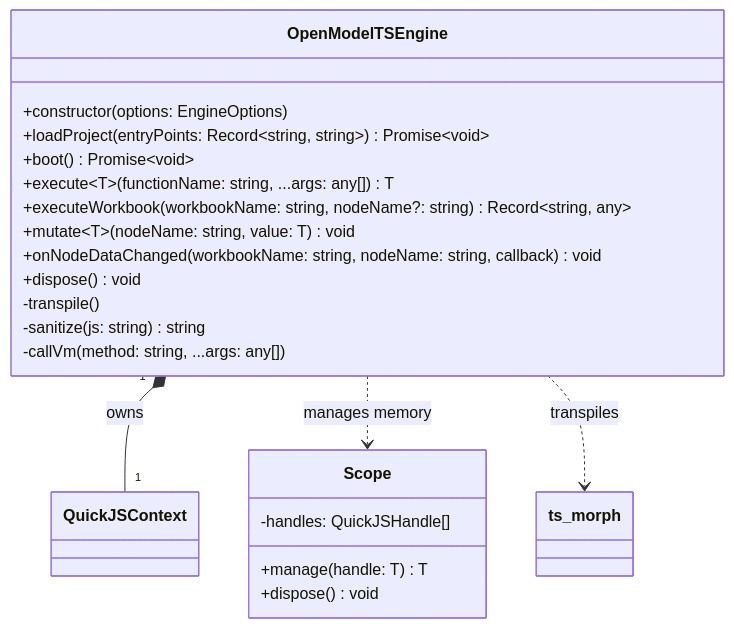
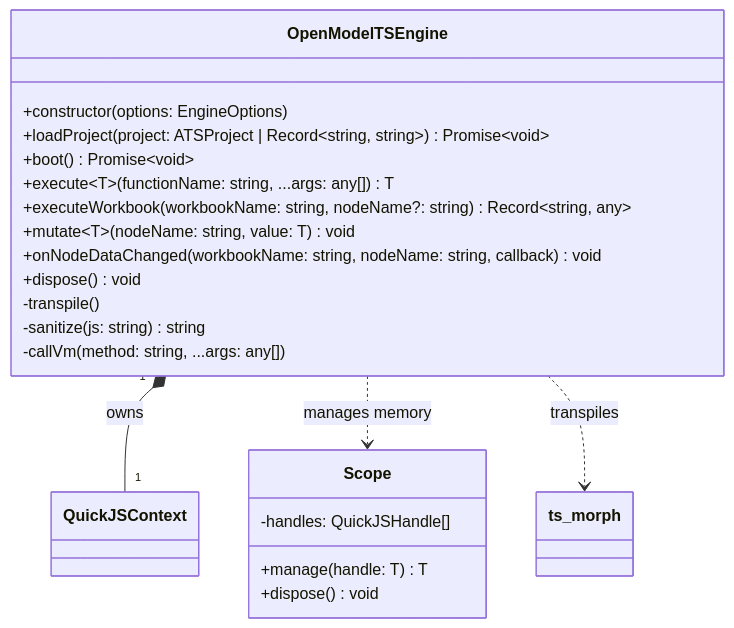
The first of 2 diagrams in docs/ENGINE_SPEC.md (rimvydasb/open-modeler-bindings), drawn with Mermaid before and after one commit. The commit also changed other lines of this file and 31 other files, not shown here.

````diff
--- a/docs/ENGINE_SPEC.md
+++ b/docs/ENGINE_SPEC.md
@@ -18,28 +27,28 @@
 ```mermaid
 classDiagram
     direction TB
 
     class OpenModelTSEngine {
         +constructor(options: EngineOptions)
-        +loadProject(entryPoints: Record~string, string~) Promise~void~
+        +loadProject(project: ATSProject | Record~string, string~) Promise~void~
         +boot() Promise~void~
         +execute~T~(functionName: string, ...args: any[]) T
         +executeWorkbook(workbookName: string, nodeName?: string) Record~string, any~
         +mutate~T~(nodeName: string, value: T) void
         +onNodeDataChanged(workbookName: string, nodeName: string, callback) void
         +dispose() void
         -transpile()
         -sanitize(js: string) string
         -callVm(method: string, ...args: any[])
     }
 
     class Scope {
         -handles: QuickJSHandle[]
         +manage(handle: T) T
         +dispose() void
     }
 
     OpenModelTSEngine "1" *-- "1" QuickJSContext : owns
     OpenModelTSEngine ..> Scope : manages memory
     OpenModelTSEngine ..> ts_morph : transpiles
 ```
````
